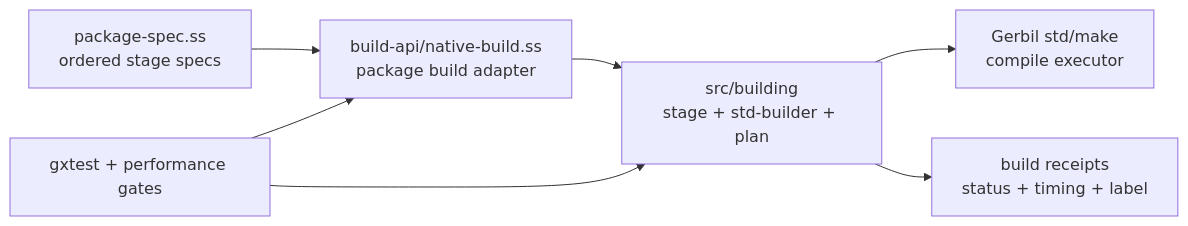
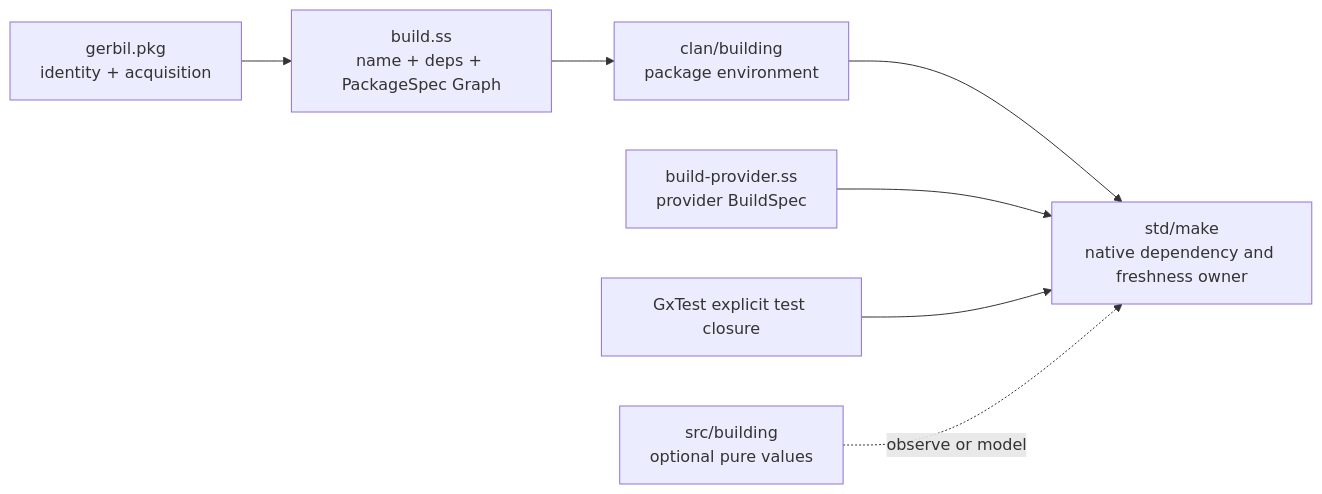
One commit to tao3k/asp-gerbil-scheme changed the diagram in docs/30-39-building/31.01-building-framework.org. Above: the diagram before and after it, drawn with Mermaid. The commit also changed other lines of this file and 70 other files, not shown here.

Commit message:
refactor build graph to native Gerbil ownership

```diff
--- a/docs/30-39-building/31.01-building-framework.org
+++ b/docs/30-39-building/31.01-building-framework.org
@@ -21,16 +29,22 @@
 #+begin_src mermaid
 flowchart LR
-  PackageSpec["package-spec.ss\nordered stage specs"]
-  Building["src/building\nstage + std-builder + plan"]
-  StdMake["Gerbil std/make\ncompile executor"]
-  NativeBuild["build-api/native-build.ss\npackage build adapter"]
-  Receipt["build receipts\nstatus + timing + label"]
-  Tests["gxtest + performance gates"]
+  Manifest["gerbil.pkg
+identity + acquisition"]
+  Build["build.ss
+name + deps + PackageSpec Graph"]
+  Provider["build-provider.ss
+provider BuildSpec"]
+  Clan["clan/building
+package environment"]
+  Make["std/make
+native dependency and freshness owner"]
+  Values["src/building
+optional pure values"]
+  Tests["GxTest explicit test closure"]
 
-  PackageSpec --> NativeBuild
-  NativeBuild --> Building
-  Building --> StdMake
-  Building --> Receipt
-  Tests --> Building
-  Tests --> NativeBuild
+  Manifest --> Build
+  Build --> Clan --> Make
+  Provider --> Make
+  Tests --> Make
+  Values -. observe or model .-> Make
 #+end_src
```
